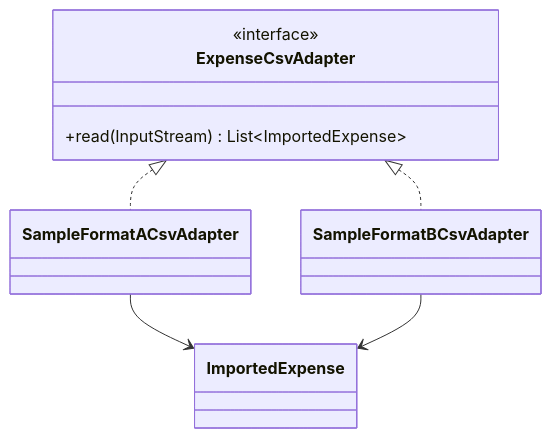
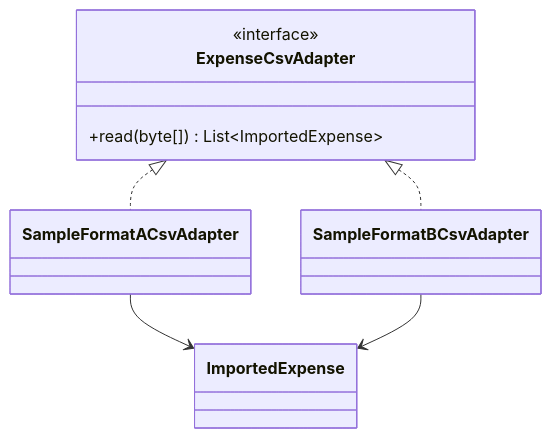
The second of 3 diagrams in docs/patterns.md (BoyTay/BankingApp), drawn with Mermaid before and after one commit. The commit also changed other lines of this file and 32 other files, not shown here.

````diff
--- a/docs/patterns.md
+++ b/docs/patterns.md
@@ -37,14 +39,14 @@
 ```mermaid
 classDiagram
   class ExpenseCsvAdapter {
     <<interface>>
-    +read(InputStream) List~ImportedExpense~
+    +read(byte[]) List~ImportedExpense~
   }
   class SampleFormatACsvAdapter
   class SampleFormatBCsvAdapter
   class ImportedExpense
   ExpenseCsvAdapter <|.. SampleFormatACsvAdapter
   ExpenseCsvAdapter <|.. SampleFormatBCsvAdapter
   SampleFormatACsvAdapter --> ImportedExpense
   SampleFormatBCsvAdapter --> ImportedExpense
 ```
````
